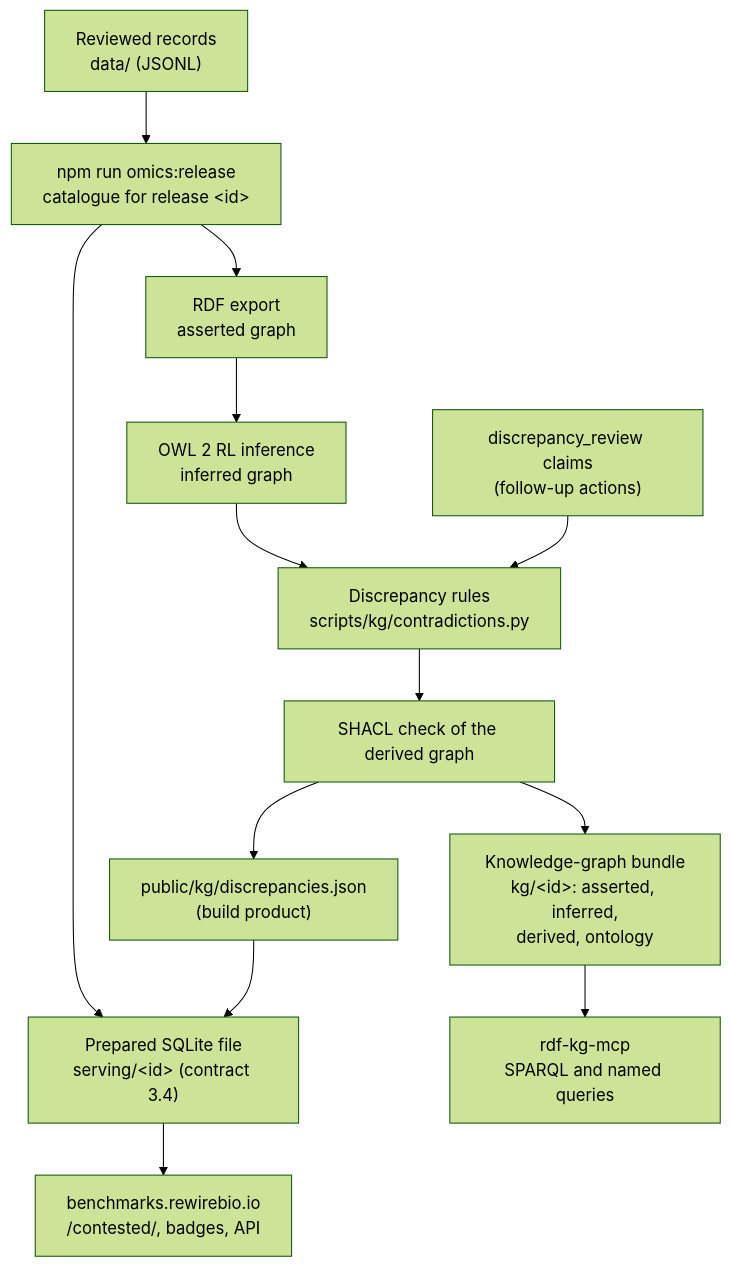
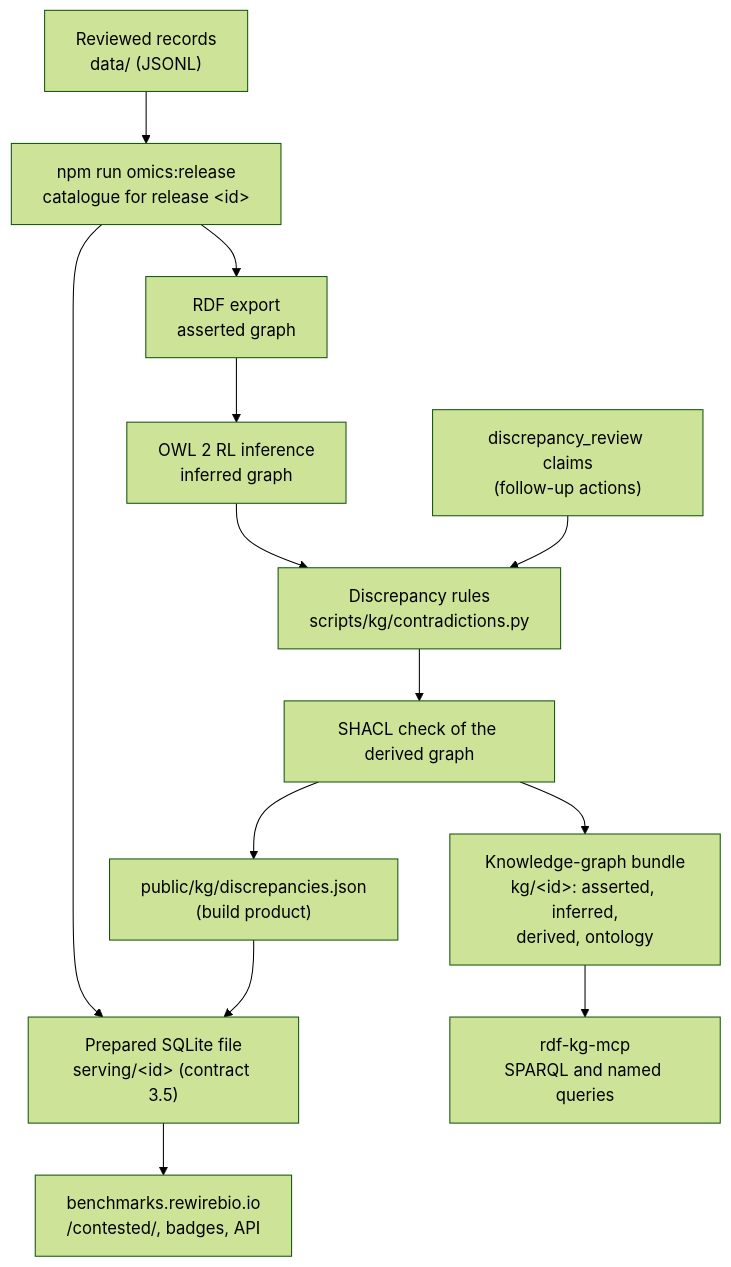
One commit to rewire-bio/rewire-benchmark-data changed the first of 3 diagrams in docs/discrepancies.md. Above: the diagram before and after it, drawn with Mermaid (forest theme). The commit also changed 43 other files, not shown here.

````diff
--- a/docs/discrepancies.md
+++ b/docs/discrepancies.md
@@ -13,15 +13,15 @@
 ```mermaid
 flowchart TD
   records["Reviewed records<br/>data/ (JSONL)"] --> release["npm run omics:release<br/>catalogue for release &lt;id&gt;"]
   release --> export["RDF export<br/>asserted graph"]
   export --> infer["OWL 2 RL inference<br/>inferred graph"]
   infer --> rules["Discrepancy rules<br/>scripts/kg/contradictions.py"]
   reviews["discrepancy_review claims<br/>(follow-up actions)"] --> rules
   rules --> shacl["SHACL check of the derived graph"]
   shacl --> bundle["Knowledge-graph bundle<br/>kg/&lt;id&gt;: asserted, inferred,<br/>derived, ontology"]
   shacl --> json["public/kg/discrepancies.json<br/>(build product)"]
   release --> serving
-  json --> serving["Prepared SQLite file<br/>serving/&lt;id&gt; (contract 3.4)"]
+  json --> serving["Prepared SQLite file<br/>serving/&lt;id&gt; (contract 3.5)"]
   serving --> site["benchmarks.rewirebio.io<br/>/contested/, badges, API"]
   bundle --> mcp["rdf-kg-mcp<br/>SPARQL and named queries"]
 ```
````
